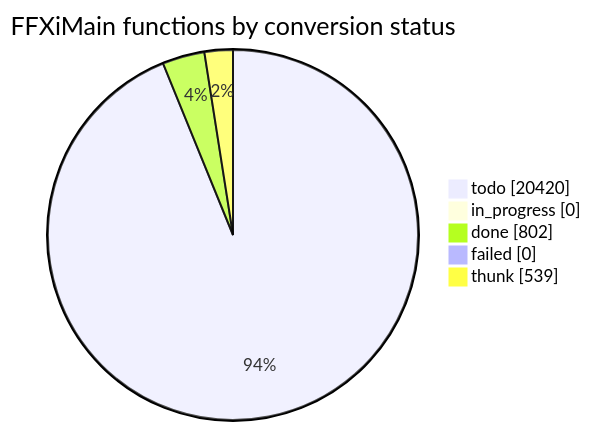
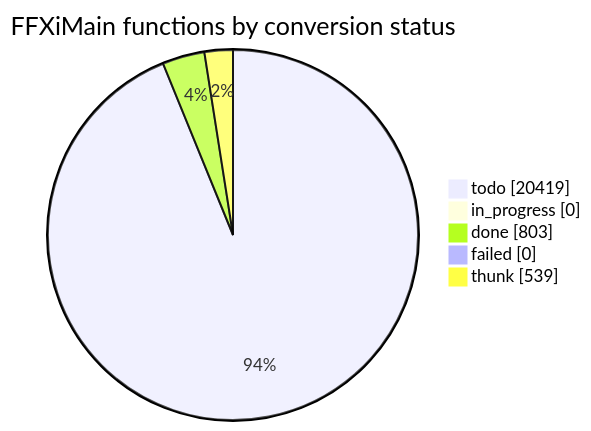
The diagram in docs/cow/STATUS.md (cowrevenge/cow_kuluu_xi_anything), drawn with Mermaid before and after one commit. The commit also changed other lines of this file and 9 other files, not shown here.

````diff
--- a/docs/cow/STATUS.md
+++ b/docs/cow/STATUS.md
@@ -18,9 +18,9 @@
 ```mermaid
 pie showData
     title FFXiMain functions by conversion status
-    "todo" : 20420
+    "todo" : 20419
     "in_progress" : 0
-    "done" : 802
+    "done" : 803
     "failed" : 0
     "thunk" : 539
 ```
````
